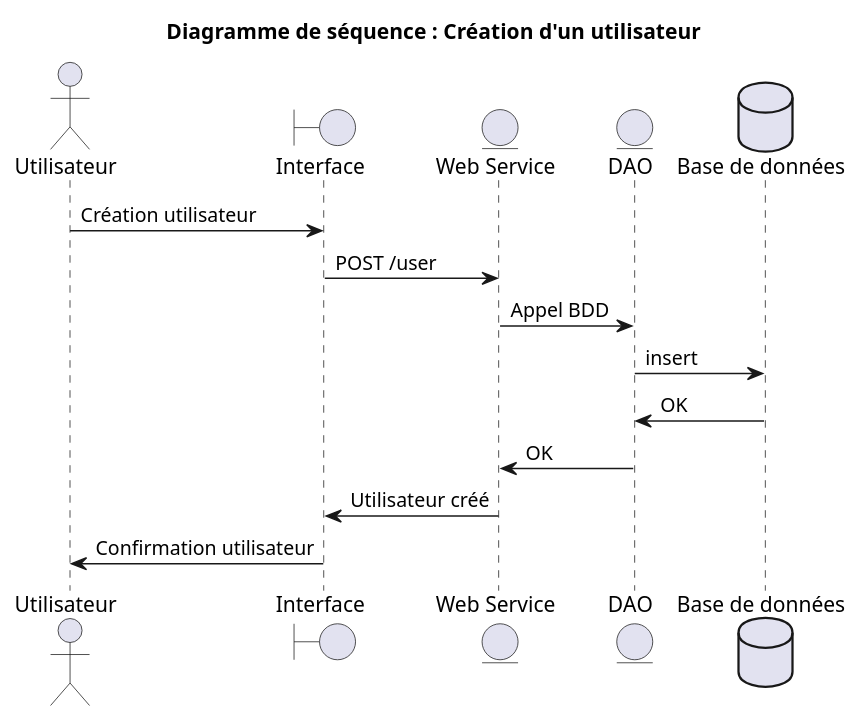
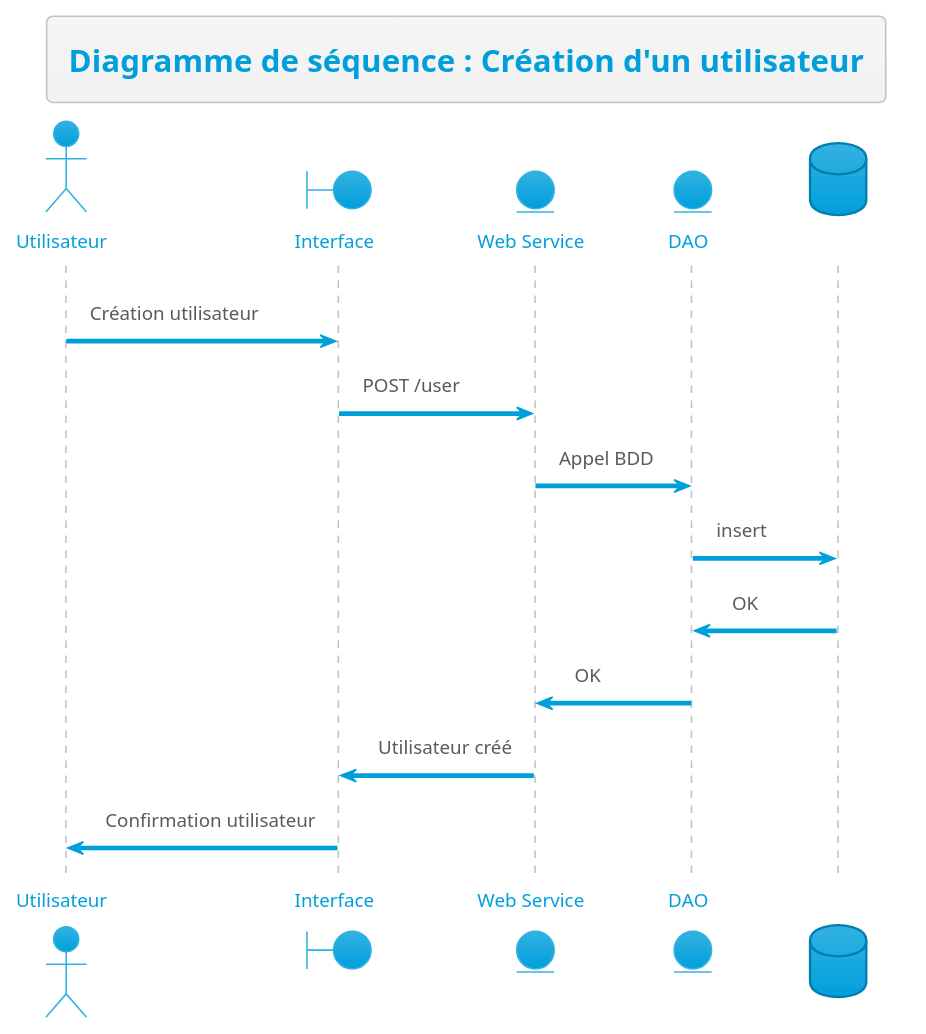
One commit to AlexandreBidon/demo-projet-info changed the diagram in diagramme/exemple_diagramme_sequence.puml. Above: the diagram before and after it, drawn with PlantUML.

Commit message:
add theme

```diff
--- a/diagramme/exemple_diagramme_sequence.puml
+++ b/diagramme/exemple_diagramme_sequence.puml
@@ -1,19 +1,20 @@
 @startuml test
+!theme bluegray
 actor Utilisateur as user
 boundary Interface    as interface
 entity "Web Service" as API
 entity DAO as dao
 database "Base de données" as db
 
 user -> interface : Création utilisateur
 interface -> API : POST /user
 API -> dao : Appel BDD
 dao -> db : insert
 db -> dao : OK
 dao -> API : OK
 API -> interface : Utilisateur créé
 interface -> user : Confirmation utilisateur
 
 title Diagramme de séquence : Création d'un utilisateur
 
 @enduml
```
